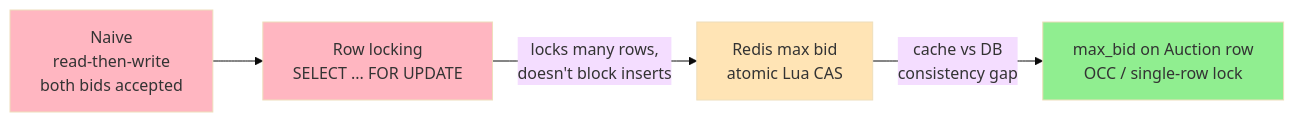
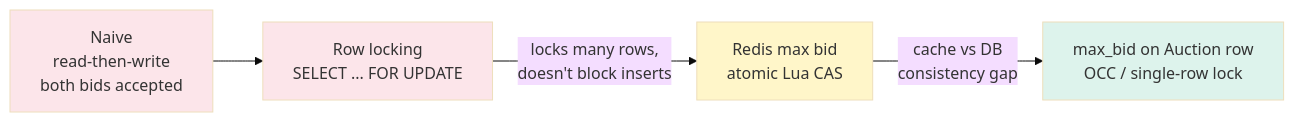
Before and after one commit to cartmancodes/InterviewVault: the first of 2 diagrams in LLD/SystemDesign/ProblemBreakdowns/OnlineAuction.md, drawn with Mermaid (base theme). The commit also changed 679 other files, not shown here.

Commit message:
Unify content diagrams and add accessible visual walkthroughs

````diff
--- a/LLD/SystemDesign/ProblemBreakdowns/OnlineAuction.md
+++ b/LLD/SystemDesign/ProblemBreakdowns/OnlineAuction.md
@@ -221,11 +221,11 @@
 ```mermaid
 graph LR
     P["Naive<br/>read-then-write<br/>both bids accepted"] --> L["Row locking<br/>SELECT ... FOR UPDATE"]
     L -->|"locks many rows,<br/>doesn't block inserts"| R["Redis max bid<br/>atomic Lua CAS"]
     R -->|"cache vs DB<br/>consistency gap"| D["max_bid on Auction row<br/>OCC / single-row lock"]
 
-    style P fill:#FFB6C1
-    style L fill:#FFB6C1
-    style R fill:#FFE4B5
-    style D fill:#90EE90
+    style P fill:#FCE5EA
+    style L fill:#FCE5EA
+    style R fill:#FFF6C9
+    style D fill:#DDF3EC
 ```
````
